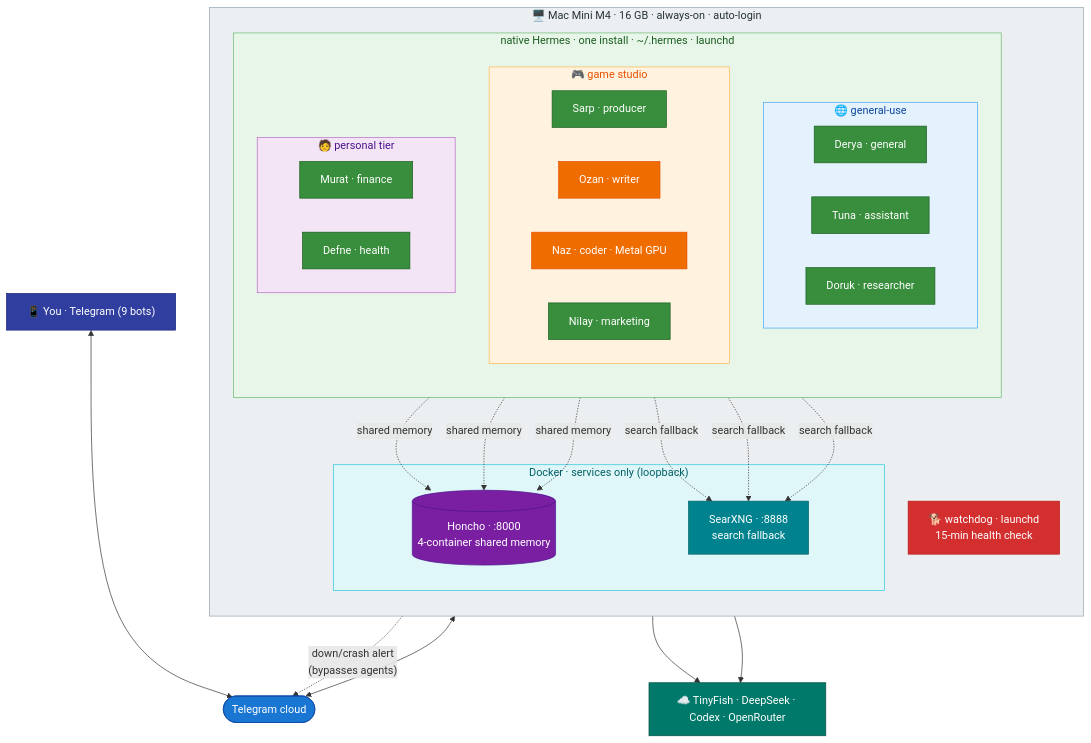
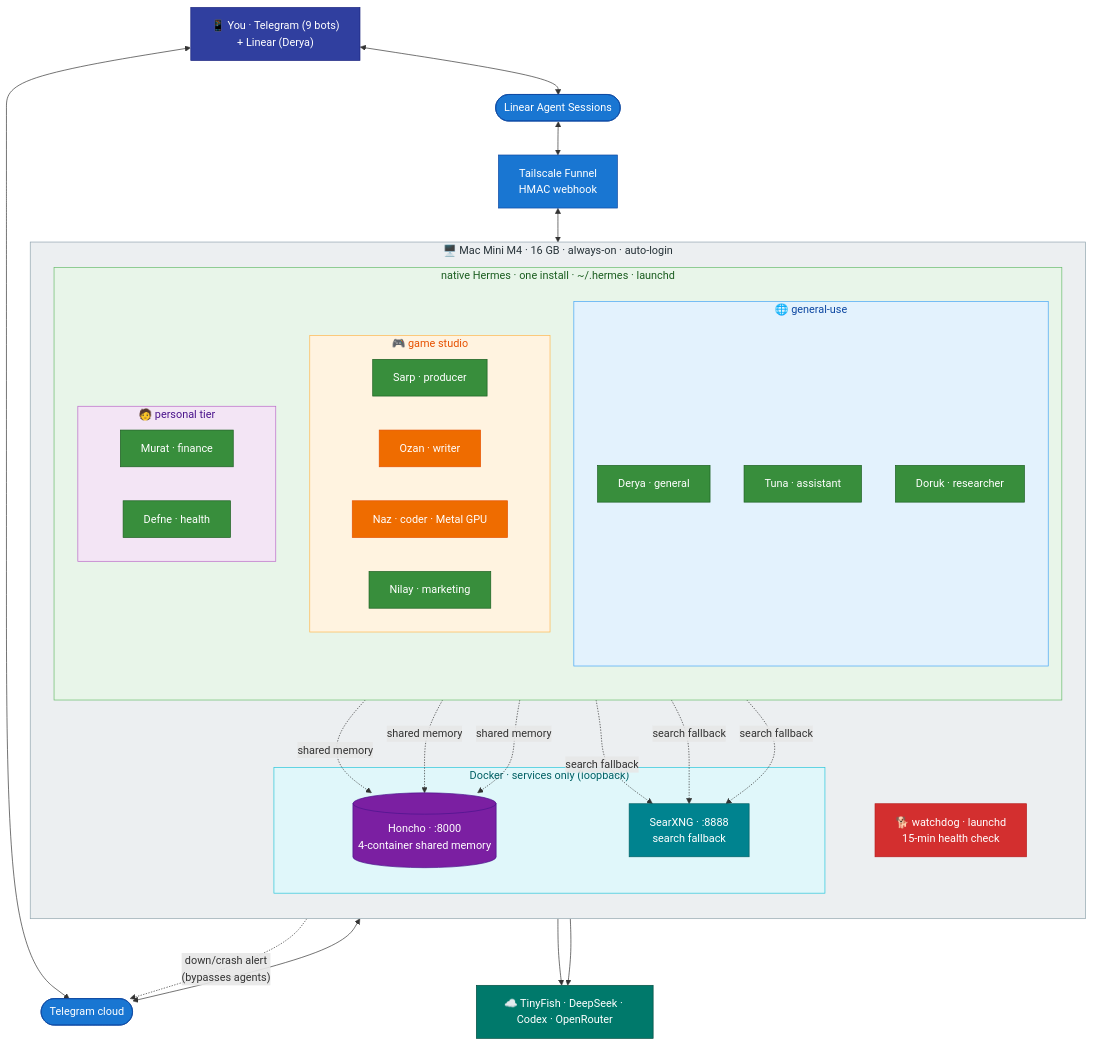
The first of 5 diagrams in README.md (mpolatcan/hermes-setup), drawn with Mermaid before and after one commit. The commit also changed other lines of this file and 9 other files, not shown here.

Commit message:
feat: add native Linear Agent Session platform

````diff
--- a/README.md
+++ b/README.md
@@ -13,60 +13,63 @@
 ```mermaid
 flowchart TB
-    you["📱 You · Telegram (9 bots)"]:::user
+    you["📱 You · Telegram (9 bots)<br/>+ Linear (Derya)"]:::user
     you <--> tg(["Telegram cloud"]):::net
+    you <--> linear(["Linear Agent Sessions"]):::net
 
     subgraph mini["🖥️ Mac Mini M4 · 16 GB · always-on · auto-login"]
         direction TB
         subgraph hermes["native Hermes · one install · ~/.hermes · launchd"]
             direction TB
             subgraph gen["🌐 general-use"]
                 Derya["Derya · general"]:::mini
                 Tuna["Tuna · assistant"]:::mini
                 Doruk["Doruk · researcher"]:::mini
             end
             subgraph studio["🎮 game studio"]
                 Sarp["Sarp · producer"]:::mini
                 Ozan["Ozan · writer"]:::codex
                 Naz["Naz · coder · Metal GPU"]:::codex
                 Nilay["Nilay · marketing"]:::mini
             end
             subgraph personal["🧑 personal tier"]
                 Murat["Murat · finance"]:::mini
                 Defne["Defne · health"]:::mini
             end
         end
         wd["🐕 watchdog · launchd<br/>15-min health check"]:::wd
         subgraph svc["Docker · services only (loopback)"]
             Honcho[("Honcho · :8000<br/>4-container shared memory")]:::infra
             SearXNG["SearXNG · :8888<br/>search fallback"]:::svc
         end
     end
 
     tg <--> hermes
+    linear <--> funnel["Tailscale Funnel<br/>HMAC webhook"]:::net
+    funnel <--> Derya
     gen -. shared memory .-> Honcho
     studio -. shared memory .-> Honcho
     personal -. shared memory .-> Honcho
     gen -. "search fallback" .-> SearXNG
     studio -. "search fallback" .-> SearXNG
     personal -. "search fallback" .-> SearXNG
     wd -. "down/crash alert<br/>(bypasses agents)" .-> tg
 
     ext["☁️ TinyFish · DeepSeek · Codex · OpenRouter"]:::ext
     hermes --> ext
     Honcho --> ext
 
     classDef user fill:#303F9F,stroke:#1A237E,color:#fff
     classDef net fill:#1976D2,stroke:#0D47A1,color:#fff
     classDef mini fill:#388E3C,stroke:#1B5E20,color:#fff
     classDef codex fill:#EF6C00,stroke:#E65100,color:#fff
     classDef infra fill:#7B1FA2,stroke:#4A148C,color:#fff
     classDef svc fill:#00838F,stroke:#006064,color:#fff
     classDef ext fill:#00796B,stroke:#004D40,color:#fff
     classDef wd fill:#D32F2F,stroke:#B71C1C,color:#fff
     style mini fill:#ECEFF1,stroke:#90A4AE,color:#263238
     style hermes fill:#E8F5E9,stroke:#66BB6A,color:#1B5E20
     style gen fill:#E3F2FD,stroke:#42A5F5,color:#0D47A1
     style studio fill:#FFF3E0,stroke:#FFB74D,color:#E65100
     style personal fill:#F3E5F5,stroke:#BA68C8,color:#4A148C
     style svc fill:#E0F7FA,stroke:#26C6DA,color:#006064
 ```
````
